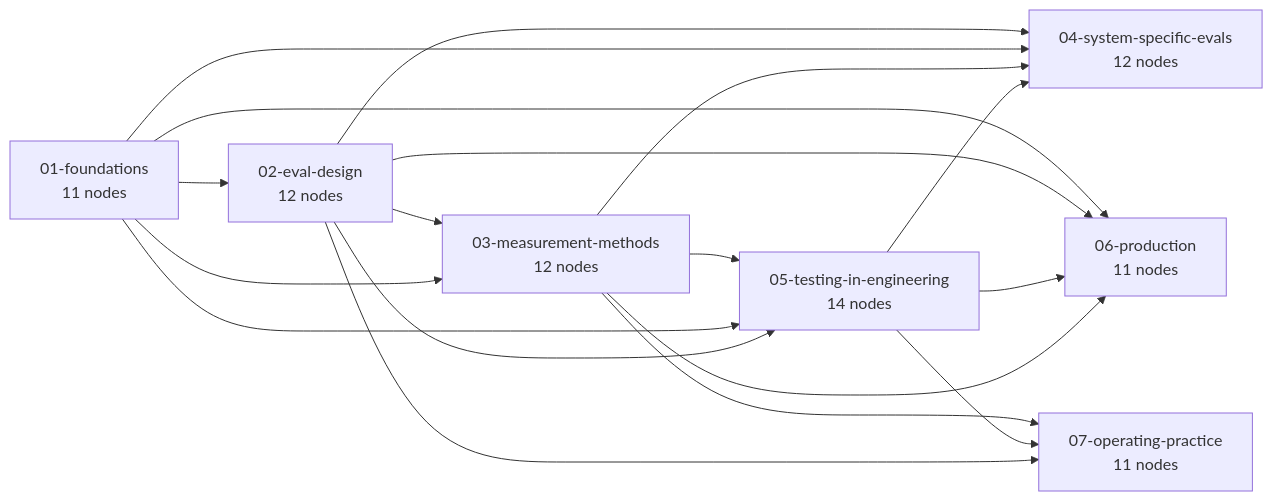
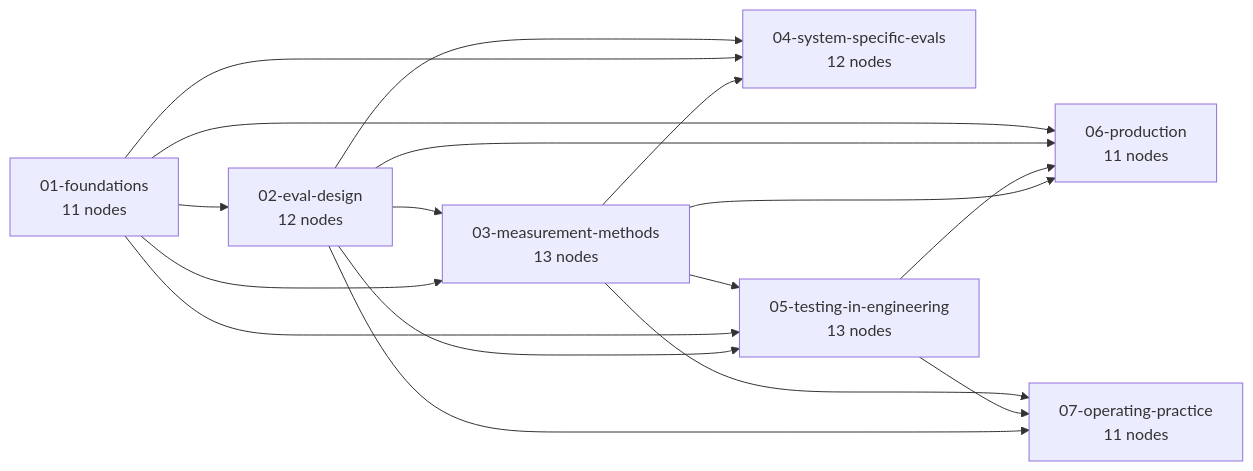
One commit to ksubramanian9/ai_evaluation changed the first of 8 diagrams in map/00-overview.md. Above: the diagram before and after it, drawn with Mermaid. The commit also changed other lines of this file and 91 other files, not shown here.

````diff
--- a/map/00-overview.md
+++ b/map/00-overview.md
@@ -7,27 +7,26 @@
 ```mermaid
 flowchart LR
   n_01_foundations["01-foundations<br/>11 nodes"]
   n_02_eval_design["02-eval-design<br/>12 nodes"]
-  n_03_measurement_methods["03-measurement-methods<br/>12 nodes"]
+  n_03_measurement_methods["03-measurement-methods<br/>13 nodes"]
   n_04_system_specific_evals["04-system-specific-evals<br/>12 nodes"]
-  n_05_testing_in_engineering["05-testing-in-engineering<br/>14 nodes"]
+  n_05_testing_in_engineering["05-testing-in-engineering<br/>13 nodes"]
   n_06_production["06-production<br/>11 nodes"]
   n_07_operating_practice["07-operating-practice<br/>11 nodes"]
   n_01_foundations --> n_02_eval_design
   n_02_eval_design --> n_03_measurement_methods
   n_01_foundations --> n_03_measurement_methods
   n_02_eval_design --> n_04_system_specific_evals
   n_01_foundations --> n_04_system_specific_evals
   n_03_measurement_methods --> n_04_system_specific_evals
-  n_05_testing_in_engineering --> n_04_system_specific_evals
   n_03_measurement_methods --> n_05_testing_in_engineering
   n_01_foundations --> n_05_testing_in_engineering
   n_02_eval_design --> n_05_testing_in_engineering
   n_01_foundations --> n_06_production
   n_02_eval_design --> n_06_production
   n_05_testing_in_engineering --> n_06_production
   n_03_measurement_methods --> n_06_production
   n_03_measurement_methods --> n_07_operating_practice
   n_05_testing_in_engineering --> n_07_operating_practice
   n_02_eval_design --> n_07_operating_practice
 ```
````
